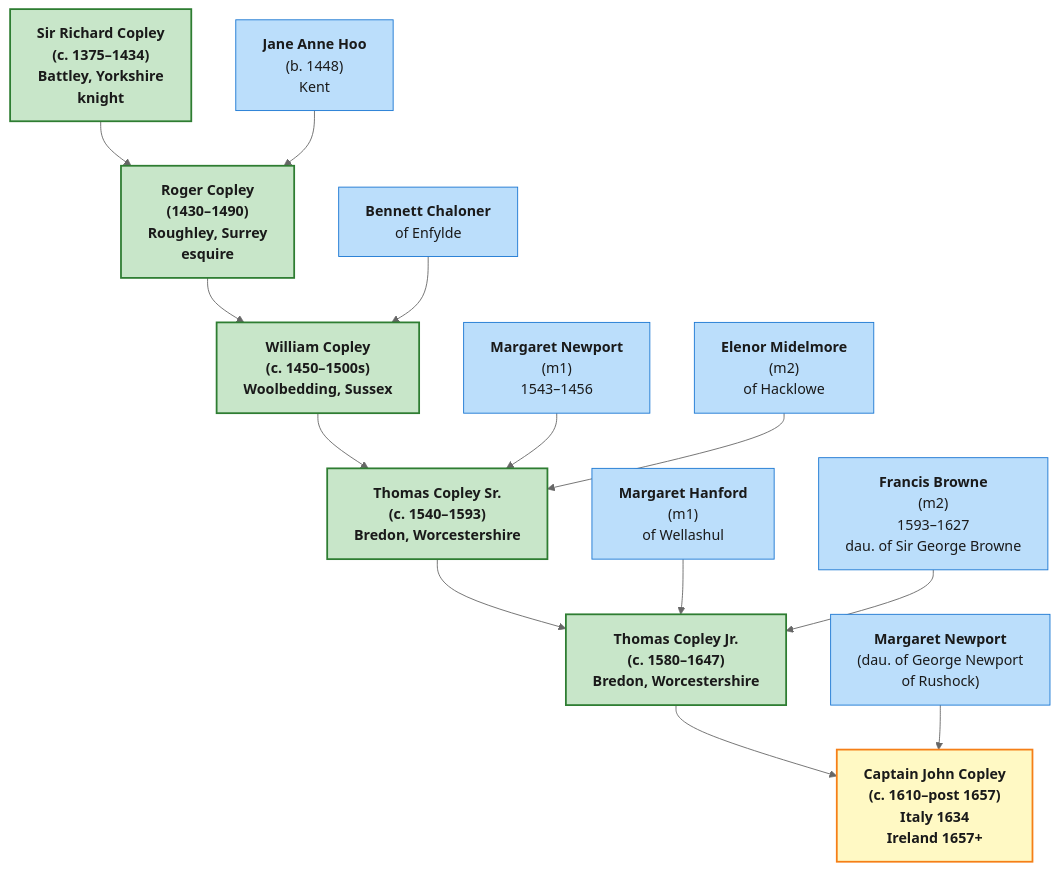
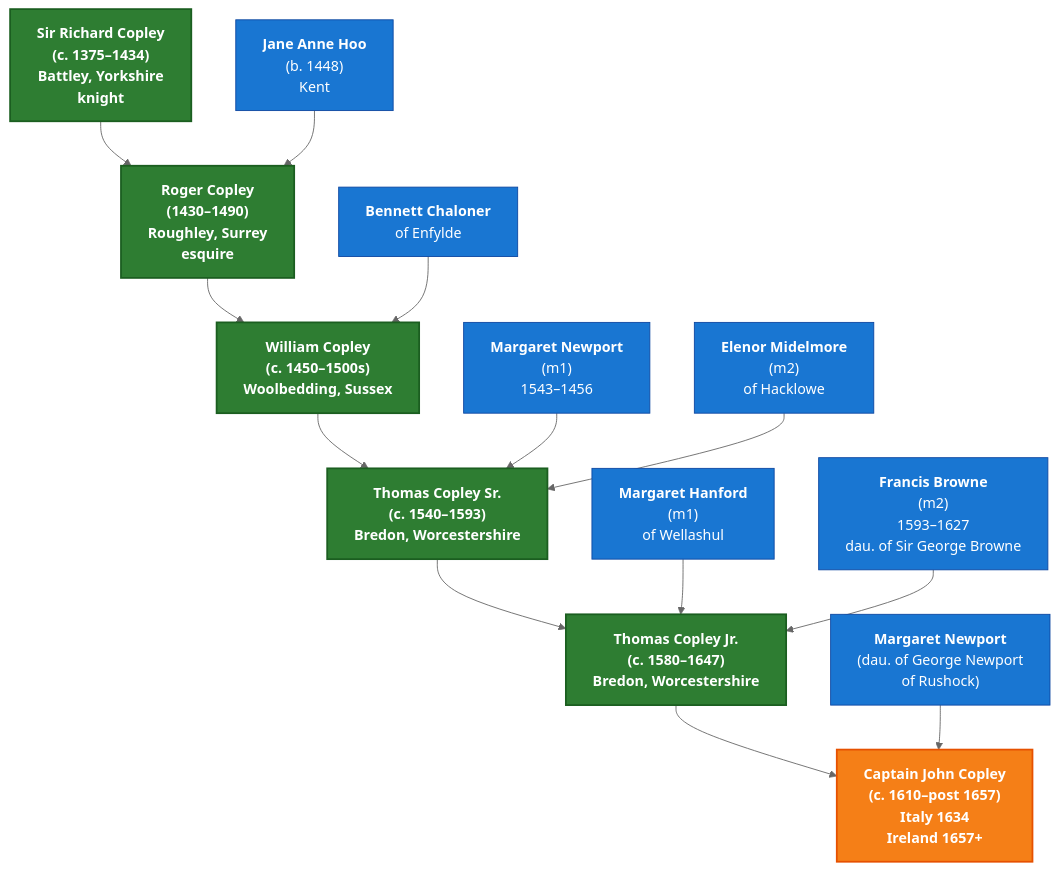
Before and after one commit to zcopley/copley-family-research: the first of 2 diagrams in Topics/Bredon Descent.md, drawn with Mermaid (neutral theme).

Commit message:
Fix Mermaid diagram contrast in Bredon Descent chart
Use dark fills with white text for high contrast in both light and dark themes.
Ancestor, spouse, and verified node colors now readable on live site.

````diff
--- a/Topics/Bredon Descent.md
+++ b/Topics/Bredon Descent.md
@@ -42,38 +42,38 @@
 ```mermaid
 graph TD
     RICHARD["<b>Sir Richard Copley</b><br/>(c. 1375–1434)<br/>Battley, Yorkshire<br/>knight"]:::ancestor
     
     ROGER["<b>Roger Copley</b><br/>(1430–1490)<br/>Roughley, Surrey<br/>esquire"]:::ancestor
     JANE["<b>Jane Anne Hoo</b><br/>(b. 1448)<br/>Kent"]:::spouse
     
     WILLIAM["<b>William Copley</b><br/>(c. 1450–1500s)<br/>Woolbedding, Sussex"]:::ancestor
     BENNETT["<b>Bennett Chaloner</b><br/>of Enfylde"]:::spouse
     
     THOMAS_SR["<b>Thomas Copley Sr.</b><br/>(c. 1540–1593)<br/>Bredon, Worcestershire"]:::ancestor
     MARGARET_N1["<b>Margaret Newport</b><br/>(m1)<br/>1543–1456"]:::spouse
     ELENOR["<b>Elenor Midelmore</b><br/>(m2)<br/>of Hacklowe"]:::spouse
     
     THOMAS_JR["<b>Thomas Copley Jr.</b><br/>(c. 1580–1647)<br/>Bredon, Worcestershire"]:::ancestor
     MARGARET_H["<b>Margaret Hanford</b><br/>(m1)<br/>of Wellashul"]:::spouse
     FRANCIS["<b>Francis Browne</b><br/>(m2)<br/>1593–1627<br/>dau. of Sir George Browne"]:::spouse
     
     CAPTAIN["<b>Captain John Copley</b><br/>(c. 1610–post 1657)<br/>Italy 1634<br/>Ireland 1657+"]:::verified
     MARGARET_N2["<b>Margaret Newport</b><br/>(dau. of George Newport<br/>of Rushock)"]:::spouse
     
     RICHARD --> ROGER
     JANE --> ROGER
     ROGER --> WILLIAM
     BENNETT --> WILLIAM
     WILLIAM --> THOMAS_SR
     MARGARET_N1 --> THOMAS_SR
     ELENOR --> THOMAS_SR
     THOMAS_SR --> THOMAS_JR
     MARGARET_H --> THOMAS_JR
     FRANCIS --> THOMAS_JR
     THOMAS_JR --> CAPTAIN
     MARGARET_N2 --> CAPTAIN
     
-    classDef ancestor fill:#c8e6c9,stroke:#2e7d32,stroke-width:2px,color:#1a1a1a,font-weight:bold
-    classDef spouse fill:#bbdefb,stroke:#1976d2,stroke-width:1px,color:#1a1a1a
-    classDef verified fill:#fff9c4,stroke:#f57f17,stroke-width:2px,color:#1a1a1a,font-weight:bold
+    classDef ancestor fill:#2e7d32,stroke:#1b5e20,stroke-width:2px,color:#ffffff,font-weight:bold
+    classDef spouse fill:#1976d2,stroke:#0d47a1,stroke-width:1px,color:#ffffff
+    classDef verified fill:#f57f17,stroke:#e65100,stroke-width:2px,color:#ffffff,font-weight:bold
 ```
````
